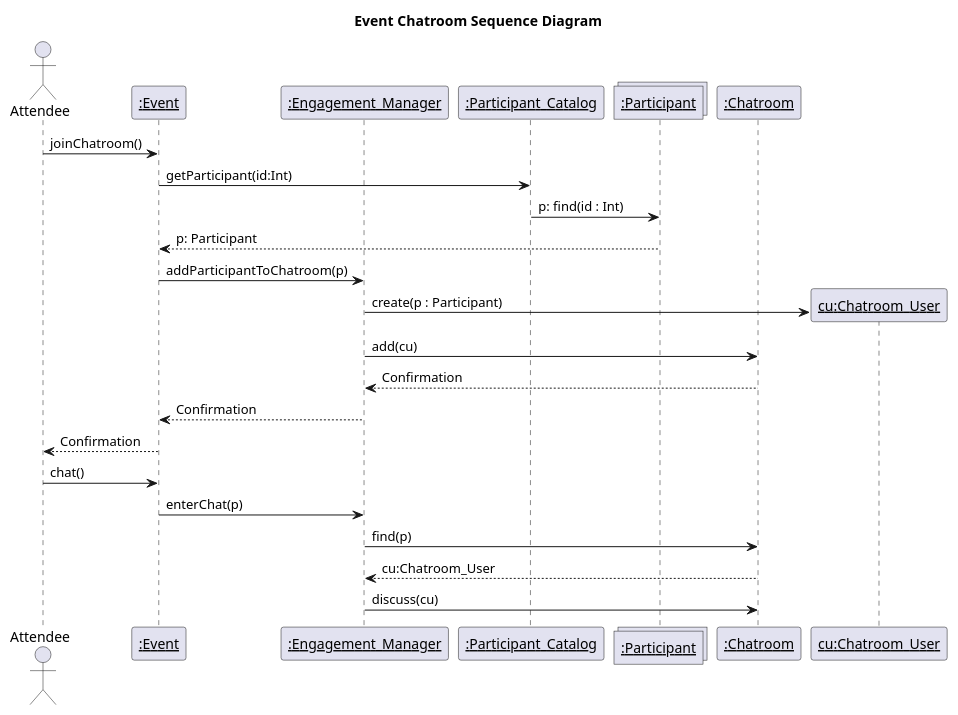
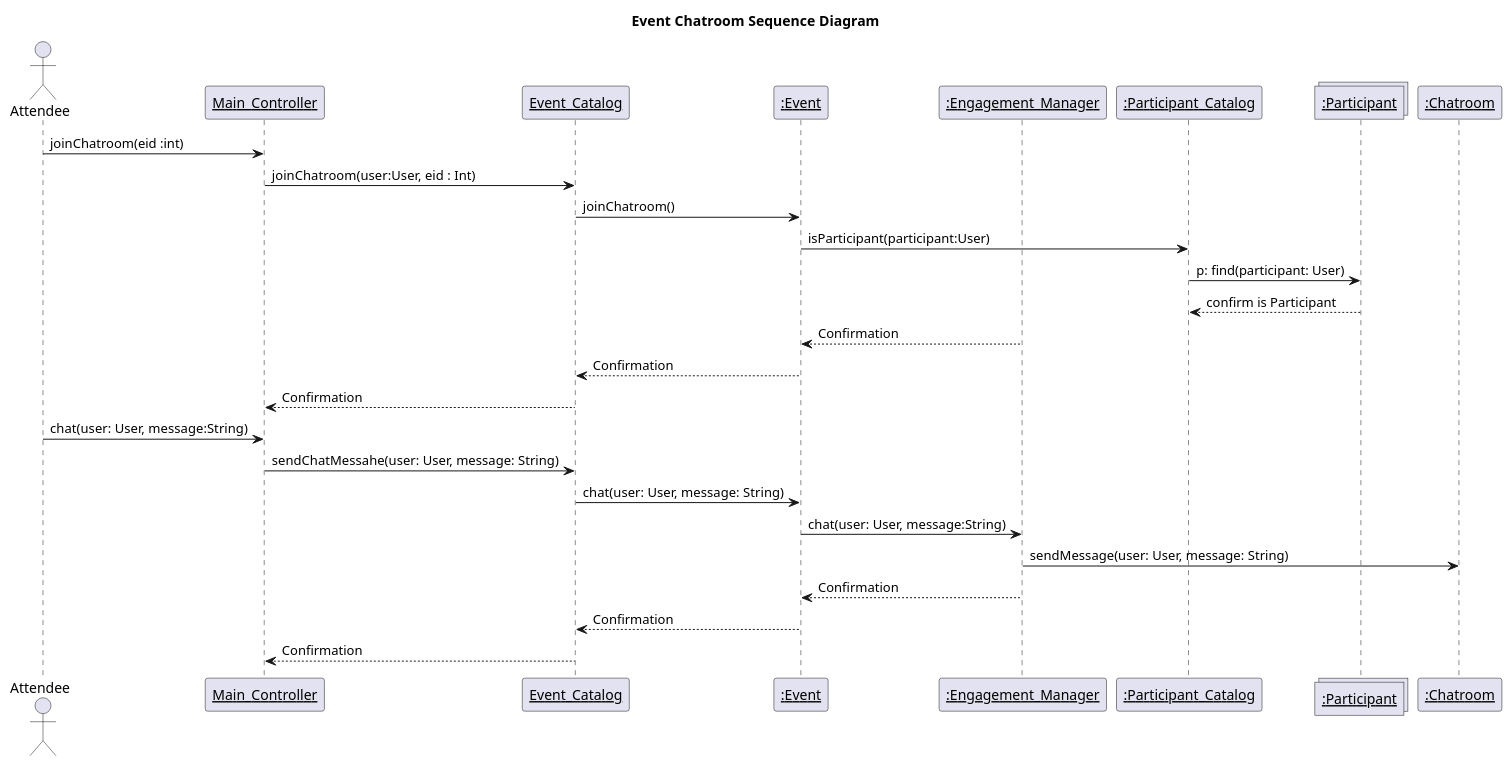
The diagram in Documentation/Sequence Diagrams/sd_3.1.2_Chatroom.puml (DominiqueProulx/SOEN343-PartyPoopers), drawn with PlantUML before and after one commit. The commit also changed 3 other files, not shown here.

```diff
--- a/Documentation/Sequence Diagrams/sd_3.1.2_Chatroom.puml
+++ b/Documentation/Sequence Diagrams/sd_3.1.2_Chatroom.puml
@@ -1,35 +1,35 @@
 @startuml
 title: Event Chatroom Sequence Diagram 
 
 actor Attendee
+participant "__Main_Controller__" as main
+participant "__Event_Catalog__" as eventCatalog
 participant "__:Event__" as event
 participant "__:Engagement_Manager__" as em
 participant "__:Participant_Catalog__" as pc
 collections "__:Participant__" as participant
 participant "__:Chatroom__" as chatroom
-participant "__cu:Chatroom_User__" as chatroomuser
+
 
 note left : a Participant is an association class \n between a user and an event,but it's contained \nin participan_registry , which is an attribute of Event. \n We have to change this. \nHere I will consider a participant to be a user. 
 
-Attendee -> event : joinChatroom()
-event -> pc : getParticipant(id:Int)
-pc -> participant : p: find(id : Int)
-participant --> event : p: Participant
-event -> em : addParticipantToChatroom(p)
-em -> chatroomuser  ** : create(p : Participant)
-em -> chatroom : add(cu)
-chatroom --> em : Confirmation
+Attendee -> main : joinChatroom(eid :int)
+main -> eventCatalog : joinChatroom(user:User, eid : Int)
+eventCatalog -> event : joinChatroom()
+event -> pc : isParticipant(participant:User)
+pc -> participant : p: find(participant: User)
+participant --> pc : confirm is Participant 
 em --> event : Confirmation
-event --> Attendee : Confirmation
-Attendee -> event : chat()
-event -> em : enterChat(p)
-em -> chatroom : find(p)
-chatroom --> em : cu:Chatroom_User
-em -> chatroom : discuss(cu)
-
-
-
-
+event--> eventCatalog : Confirmation
+eventCatalog --> main : Confirmation
+Attendee ->main : chat(user: User, message:String)
+main -> eventCatalog: sendChatMessahe(user: User, message: String)
+eventCatalog-> event : chat(user: User, message: String)
+event->em: chat(user: User, message:String)
+em-> chatroom : sendMessage(user: User, message: String)
+em --> event : Confirmation
+event--> eventCatalog : Confirmation
+eventCatalog --> main : Confirmation
 
 
 @enduml
```
